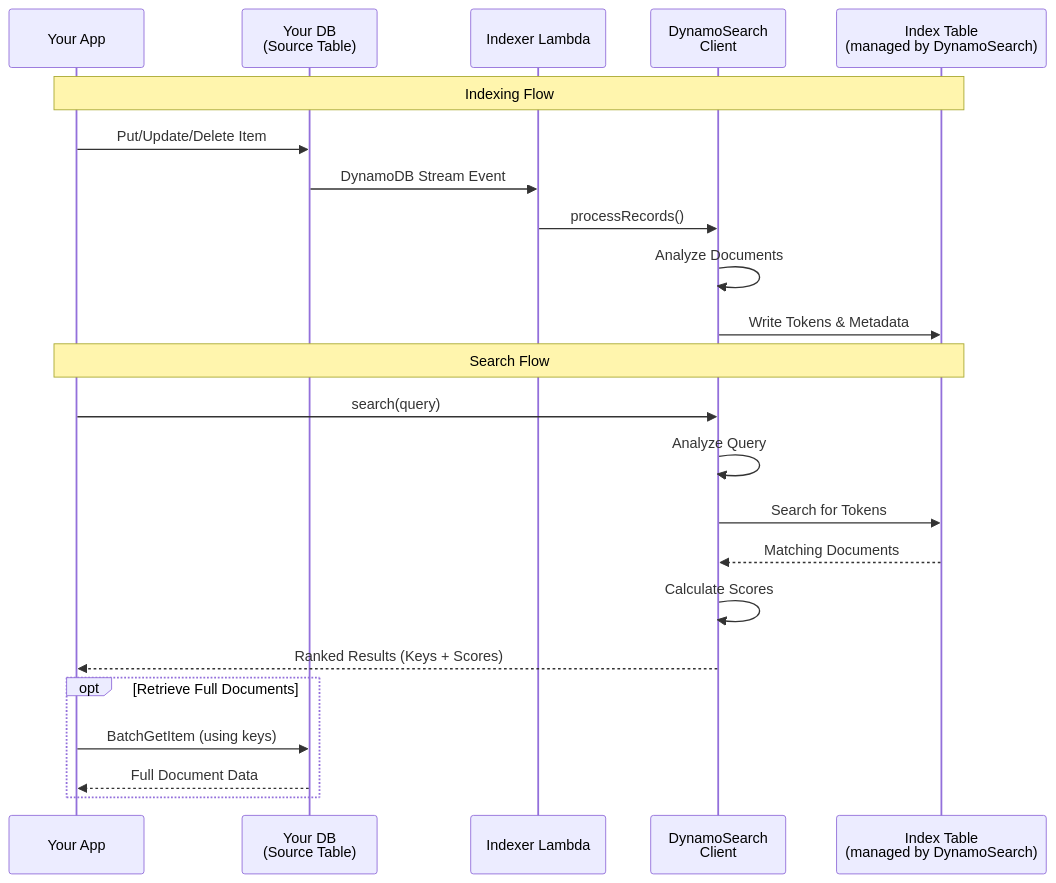
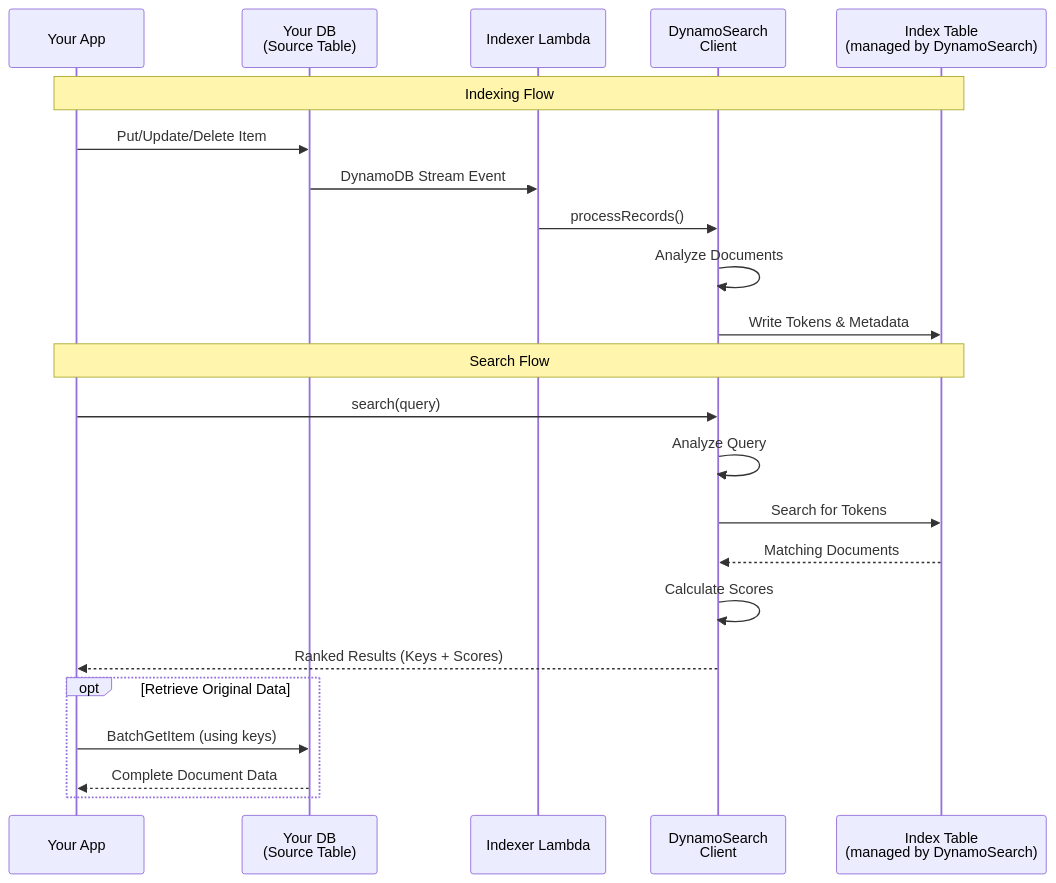
Before and after one commit to maruyamaworks/dynamosearch: the diagram in docs/guide/why.md, drawn with Mermaid. The commit also changed other lines of this file and 3 other files, not shown here.

````diff
--- a/docs/guide/why.md
+++ b/docs/guide/why.md
@@ -21,28 +21,28 @@
 ```mermaid
 sequenceDiagram
     participant App as Your App
     participant DB as Your DB<br/>(Source Table)
     participant Lambda as Indexer Lambda
     participant Client as DynamoSearch<br/>Client
     participant Index as Index Table<br/>(managed by DynamoSearch)
 
     Note over App,Index: Indexing Flow
     App->>DB: Put/Update/Delete Item
     DB->>Lambda: DynamoDB Stream Event
     Lambda->>Client: processRecords()
     Client->>Client: Analyze Documents
     Client->>Index: Write Tokens & Metadata
 
     Note over App,Index: Search Flow
     App->>Client: search(query)
     Client->>Client: Analyze Query
     Client->>Index: Search for Tokens
     Index-->>Client: Matching Documents
     Client->>Client: Calculate Scores
     Client-->>App: Ranked Results (Keys + Scores)
 
-    opt Retrieve Full Documents
+    opt Retrieve Original Data
         App->>DB: BatchGetItem (using keys)
-        DB-->>App: Full Document Data
+        DB-->>App: Complete Document Data
     end
 ```
````
